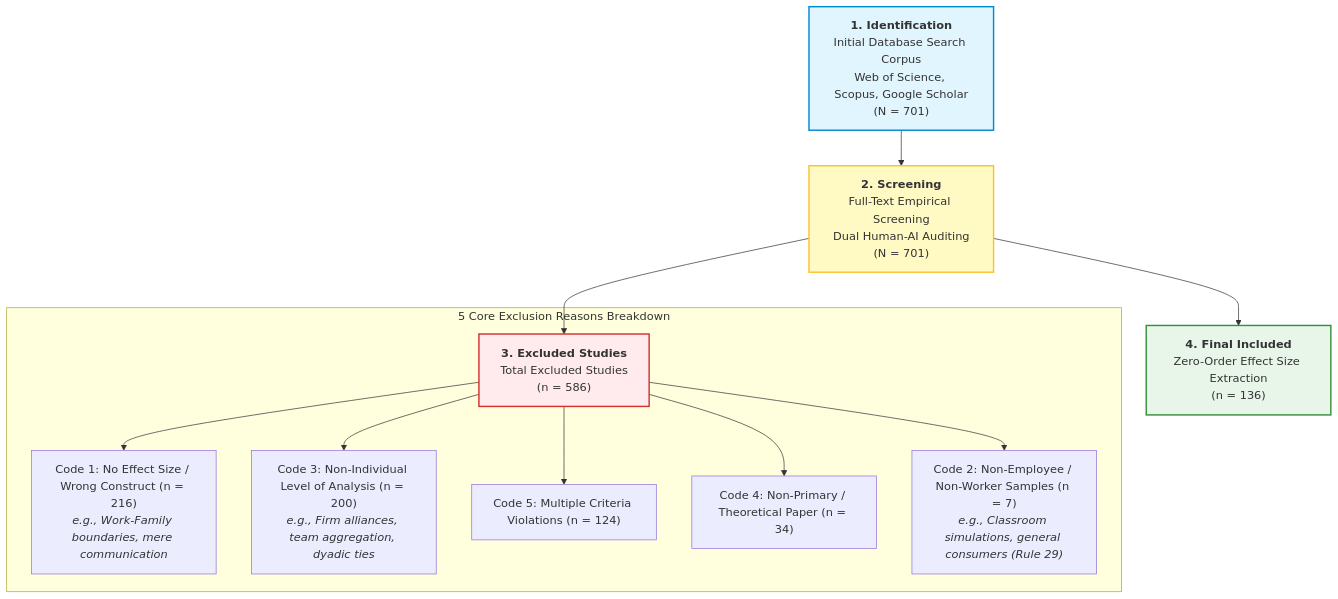
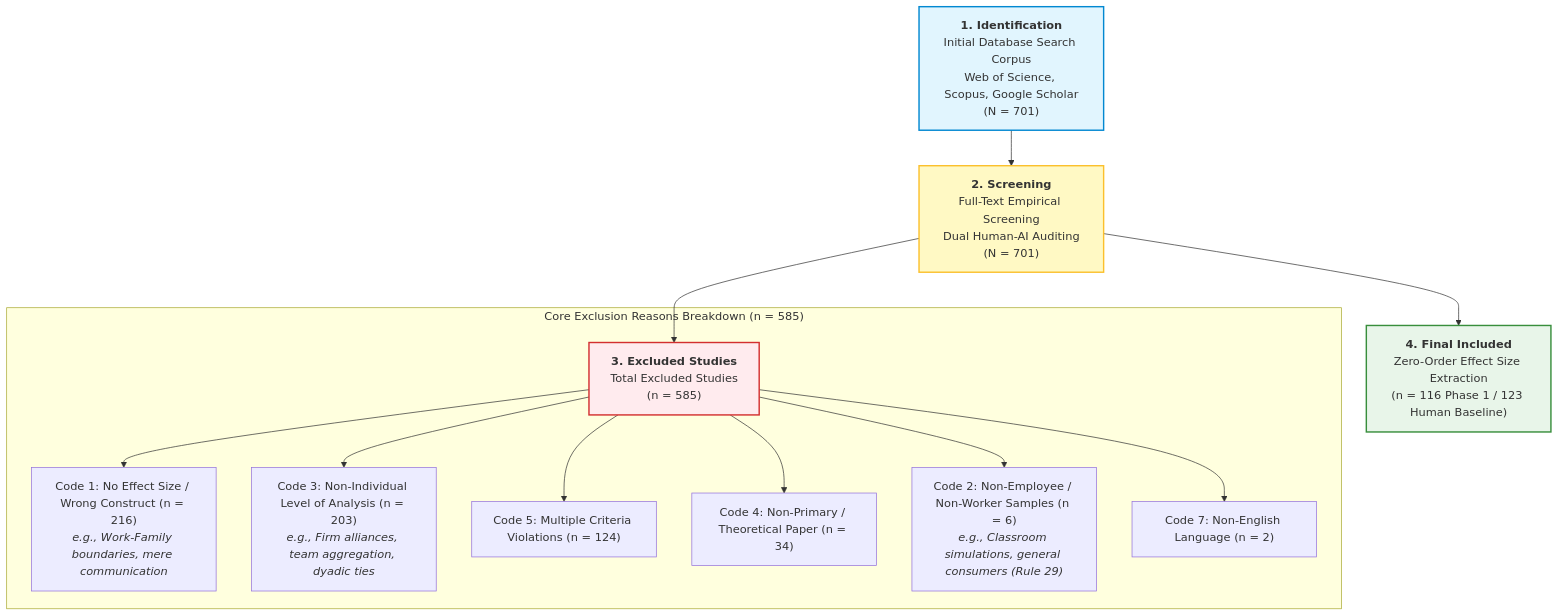
One commit to canadaofbin-netizen/BSMA_Summative changed the diagram in README.md. Above: the diagram before and after it, drawn with Mermaid. The commit also changed other lines of this file and 9 other files, not shown here.

Commit message:
fix(pipeline,excel,docs): resolve subagent schema ingestion, anchor cross-match, numeric sign/range parsing, parity checks, master Col 16 pipe artifacts, and memory/README alignment

````diff
--- a/README.md
+++ b/README.md
@@ -33,19 +33,20 @@
 ```mermaid
 graph TD
     A["<b>1. Identification</b><br>Initial Database Search Corpus<br>Web of Science, Scopus, Google Scholar<br>(N = 701)"] --> B["<b>2. Screening</b><br>Full-Text Empirical Screening<br>Dual Human-AI Auditing<br>(N = 701)"]
-    B --> C["<b>3. Excluded Studies</b><br>Total Excluded Studies<br>(n = 586)"]
-    B --> D["<b>4. Final Included</b><br>Zero-Order Effect Size Extraction<br>(n = 136)"]
+    B --> C["<b>3. Excluded Studies</b><br>Total Excluded Studies<br>(n = 585)"]
+    B --> D["<b>4. Final Included</b><br>Zero-Order Effect Size Extraction<br>(n = 116 Phase 1 / 123 Human Baseline)"]
 
-    subgraph "5 Core Exclusion Reasons Breakdown"
+    subgraph "Core Exclusion Reasons Breakdown (n = 585)"
     C --> C1["Code 1: No Effect Size / Wrong Construct (n = 216)<br><i>e.g., Work-Family boundaries, mere communication</i>"]
-    C --> C2["Code 3: Non-Individual Level of Analysis (n = 200)<br><i>e.g., Firm alliances, team aggregation, dyadic ties</i>"]
+    C --> C2["Code 3: Non-Individual Level of Analysis (n = 203)<br><i>e.g., Firm alliances, team aggregation, dyadic ties</i>"]
     C --> C3["Code 5: Multiple Criteria Violations (n = 124)"]
     C --> C4["Code 4: Non-Primary / Theoretical Paper (n = 34)"]
-    C --> C5["Code 2: Non-Employee / Non-Worker Samples (n = 7)<br><i>e.g., Classroom simulations, general consumers (Rule 29)</i>"]
+    C --> C5["Code 2: Non-Employee / Non-Worker Samples (n = 6)<br><i>e.g., Classroom simulations, general consumers (Rule 29)</i>"]
+    C --> C6["Code 7: Non-English Language (n = 2)"]
     end
 
     style A fill:#e1f5fe,stroke:#0288d1,stroke-width:2px
     style B fill:#fff9c4,stroke:#fbc02d,stroke-width:2px
     style D fill:#e8f5e9,stroke:#388e3c,stroke-width:2px
     style C fill:#ffebee,stroke:#d32f2f,stroke-width:2px
 ```
````
